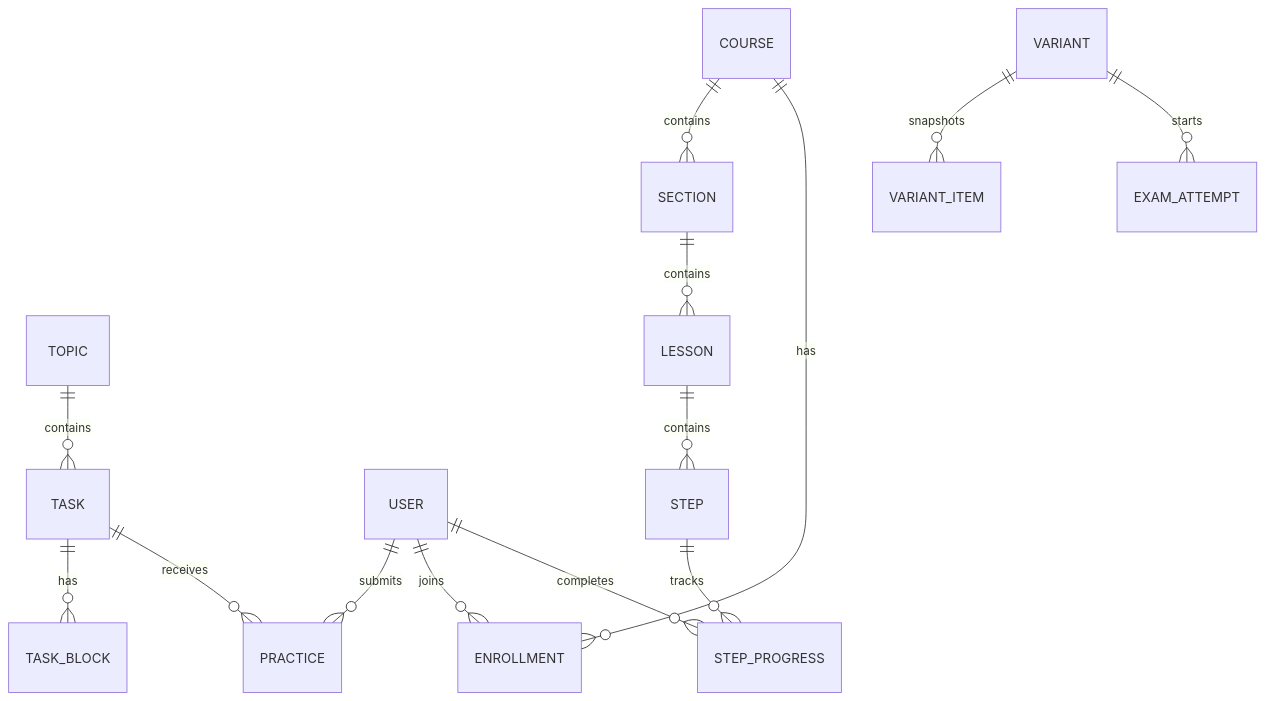
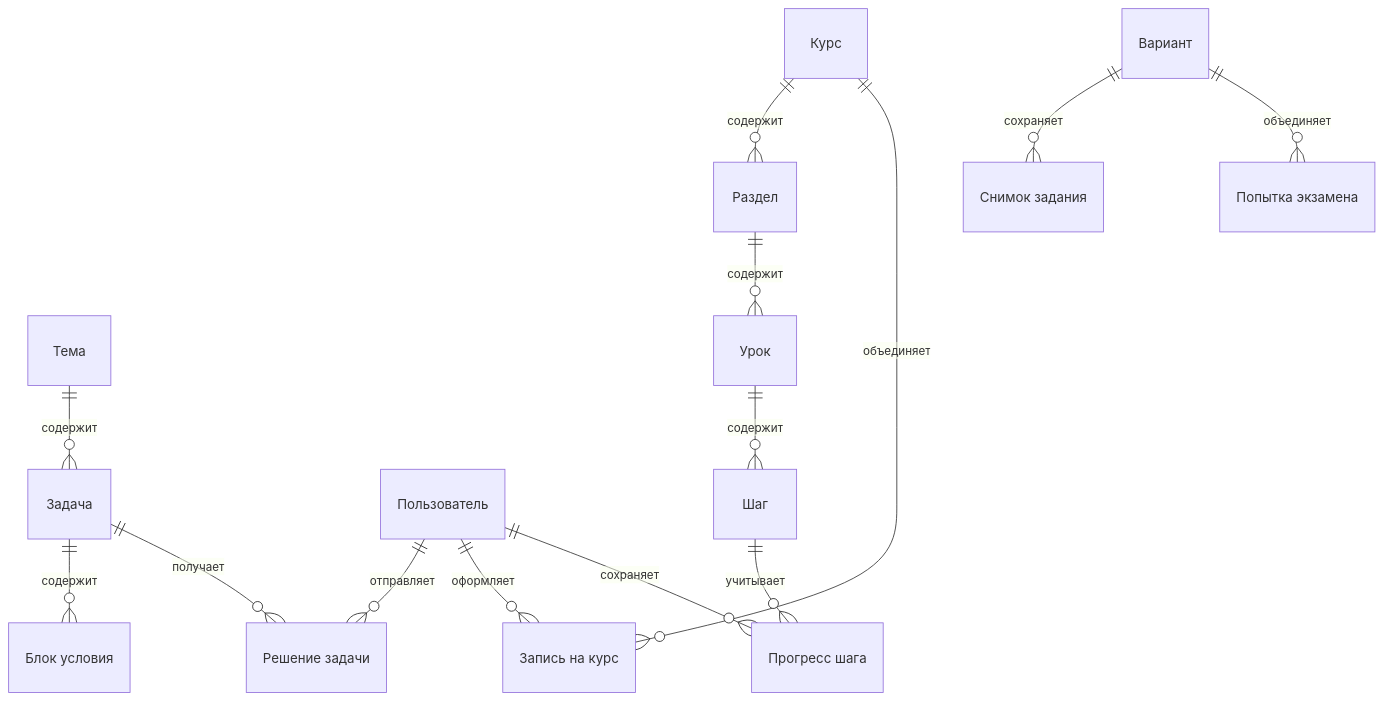
The second of 3 diagrams in docs/ARCHITECTURE.md (MrFerrumL/infocode), drawn with Mermaid before and after one commit. The commit also changed other lines of this file and 3 other files, not shown here.

````diff
--- a/docs/ARCHITECTURE.md
+++ b/docs/ARCHITECTURE.md
@@ -46,16 +46,16 @@
 ```mermaid
 erDiagram
-    TOPIC ||--o{ TASK : contains
-    TASK ||--o{ TASK_BLOCK : has
-    USER ||--o{ PRACTICE : submits
-    TASK ||--o{ PRACTICE : receives
-    COURSE ||--o{ SECTION : contains
-    SECTION ||--o{ LESSON : contains
-    LESSON ||--o{ STEP : contains
-    USER ||--o{ ENROLLMENT : joins
-    COURSE ||--o{ ENROLLMENT : has
-    STEP ||--o{ STEP_PROGRESS : tracks
-    USER ||--o{ STEP_PROGRESS : completes
-    VARIANT ||--o{ VARIANT_ITEM : snapshots
-    VARIANT ||--o{ EXAM_ATTEMPT : starts
+    "Тема" ||--o{ "Задача" : содержит
+    "Задача" ||--o{ "Блок условия" : содержит
+    "Пользователь" ||--o{ "Решение задачи" : отправляет
+    "Задача" ||--o{ "Решение задачи" : получает
+    "Курс" ||--o{ "Раздел" : содержит
+    "Раздел" ||--o{ "Урок" : содержит
+    "Урок" ||--o{ "Шаг" : содержит
+    "Пользователь" ||--o{ "Запись на курс" : оформляет
+    "Курс" ||--o{ "Запись на курс" : объединяет
+    "Шаг" ||--o{ "Прогресс шага" : учитывает
+    "Пользователь" ||--o{ "Прогресс шага" : сохраняет
+    "Вариант" ||--o{ "Снимок задания" : сохраняет
+    "Вариант" ||--o{ "Попытка экзамена" : объединяет
 ```
````
